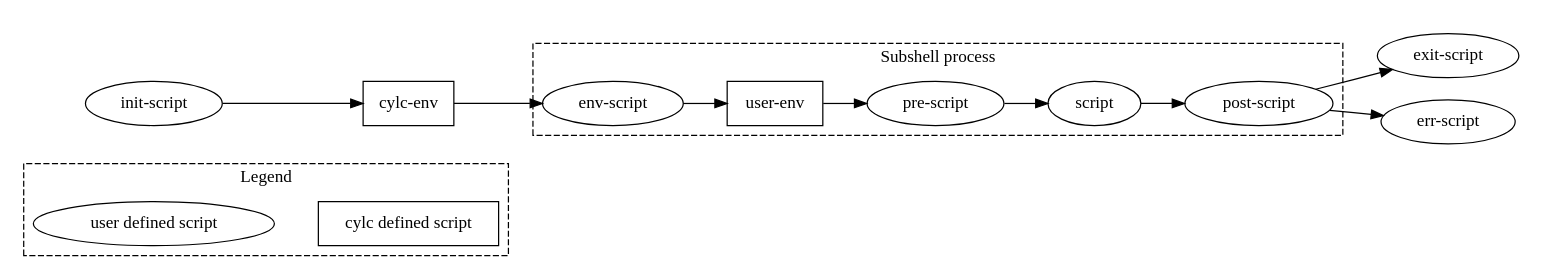
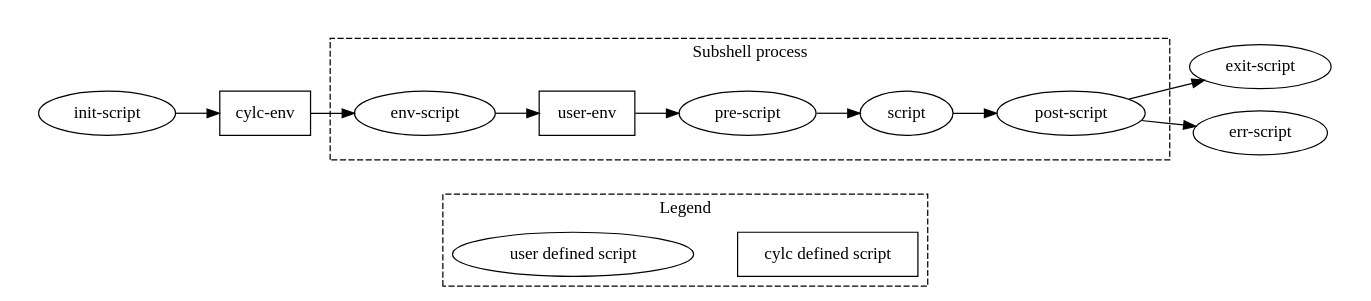
The diagram in src/user-guide/task-implementation/job-scripts.rst (cylc/cylc-doc), drawn with Graphviz before and after one commit.

Commit message:
centre graph legend

```diff
--- a/src/user-guide/task-implementation/job-scripts.rst
+++ b/src/user-guide/task-implementation/job-scripts.rst
@@ -45,38 +45,40 @@
 .. digraph:: example
 
-   rankdir="LR"
+    rankdir="LR"
+    packmode="array_u";
 
-   subgraph cluster_legend {
-      style="dashed"
-      label="Legend"
+    subgraph cluster_legend {
+        style="dashed"
+        label="Legend"
 
-      "user defined script"
-      "cylc defined script" [shape="rect"]
+        "user defined script"
+        "cylc defined script" [shape="rect"]
 
-      "user defined script" -> "cylc defined script" [style="invis"]
-   }
+        "user defined script" -> "cylc defined script" [style="invis"]
+    }
 
-   subgraph cluster_diagram {
-      style="invis"
+    subgraph cluster_diagram {
+        style="invis"
+        margin=20
 
-      "cylc-env" [shape="rect"]
-      "user-env" [shape="rect"]
+        "cylc-env" [shape="rect"]
+        "user-env" [shape="rect"]
 
-      "init-script" ->
-      "cylc-env" ->
-      "env-script"
+        "init-script" ->
+        "cylc-env" ->
+        "env-script"
 
-      subgraph cluster_subshell {
-         style="dashed"
-         label="Subshell process"
-            
-         "env-script" ->
-         "user-env" ->
-         "pre-script" ->
-         "script" ->
-         "post-script"
-      }
+        subgraph cluster_subshell {
+            style="dashed"
+            label="Subshell process"
 
-      "post-script" -> "err-script"
-      "post-script" -> "exit-script"
-   }
+            "env-script" ->
+            "user-env" ->
+            "pre-script" ->
+            "script" ->
+            "post-script"
+        }
+
+        "post-script" -> "err-script"
+        "post-script" -> "exit-script"
+    }
```
